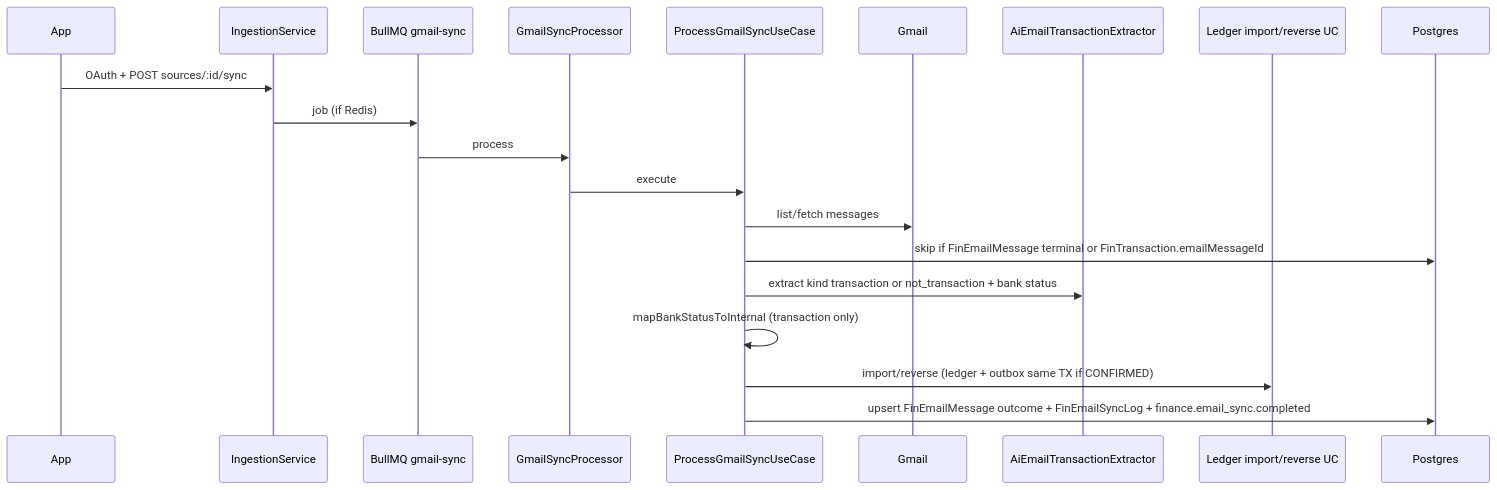
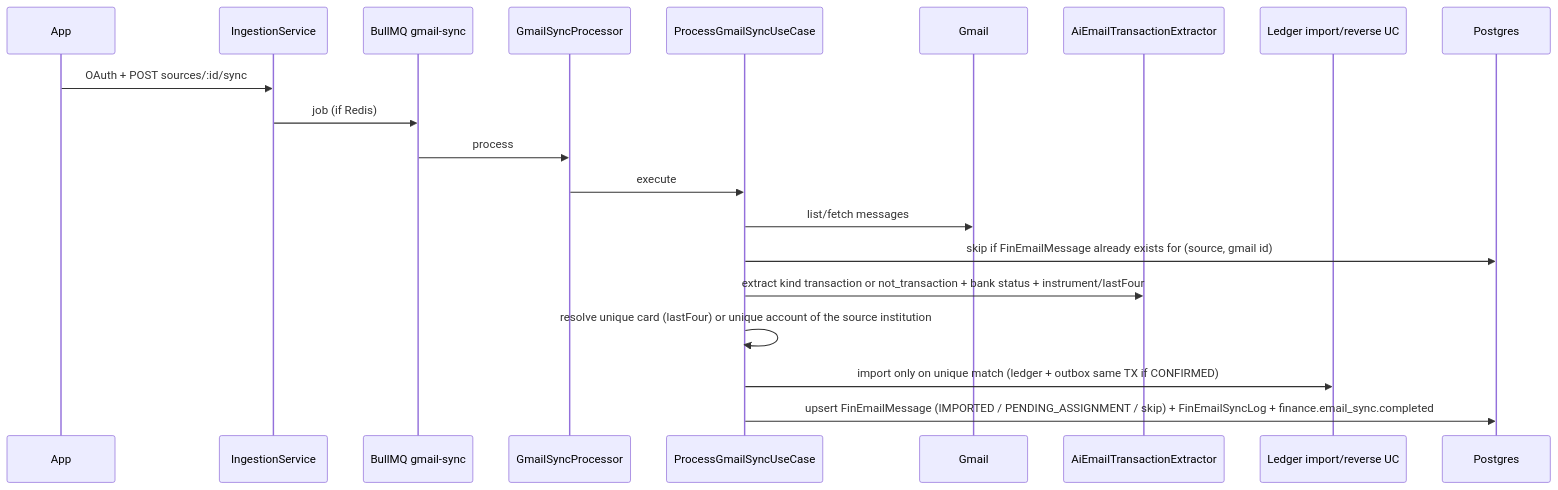
One commit to jarvinc3/personal-os-back changed the diagram in docs/modules/finance.md. Above: the diagram before and after it, drawn with Mermaid. The commit also changed other lines of this file and 67 other files, not shown here.

First line of the commit message:
feat(finance): enhance email sync and account management features

````diff
--- a/docs/modules/finance.md
+++ b/docs/modules/finance.md
@@ -204,23 +210,23 @@
 ```mermaid
 sequenceDiagram
   participant App
   participant API as IngestionService
   participant Queue as BullMQ gmail-sync
   participant Worker as GmailSyncProcessor
   participant UC as ProcessGmailSyncUseCase
   participant Gmail
   participant AI as AiEmailTransactionExtractor
   participant Ledger as Ledger import/reverse UC
   participant DB as Postgres
 
   App->>API: OAuth + POST sources/:id/sync
   API->>Queue: job (if Redis)
   Queue->>Worker: process
   Worker->>UC: execute
   UC->>Gmail: list/fetch messages
-  UC->>DB: skip if FinEmailMessage terminal or FinTransaction.emailMessageId
-  UC->>AI: extract kind transaction or not_transaction + bank status
-  UC->>UC: mapBankStatusToInternal (transaction only)
-  UC->>Ledger: import/reverse (ledger + outbox same TX if CONFIRMED)
-  UC->>DB: upsert FinEmailMessage outcome + FinEmailSyncLog + finance.email_sync.completed
+  UC->>DB: skip if FinEmailMessage already exists for (source, gmail id)
+  UC->>AI: extract kind transaction or not_transaction + bank status + instrument/lastFour
+  UC->>UC: resolve unique card (lastFour) or unique account of the source institution
+  UC->>Ledger: import only on unique match (ledger + outbox same TX if CONFIRMED)
+  UC->>DB: upsert FinEmailMessage (IMPORTED / PENDING_ASSIGNMENT / skip) + FinEmailSyncLog + finance.email_sync.completed
 ```
````
